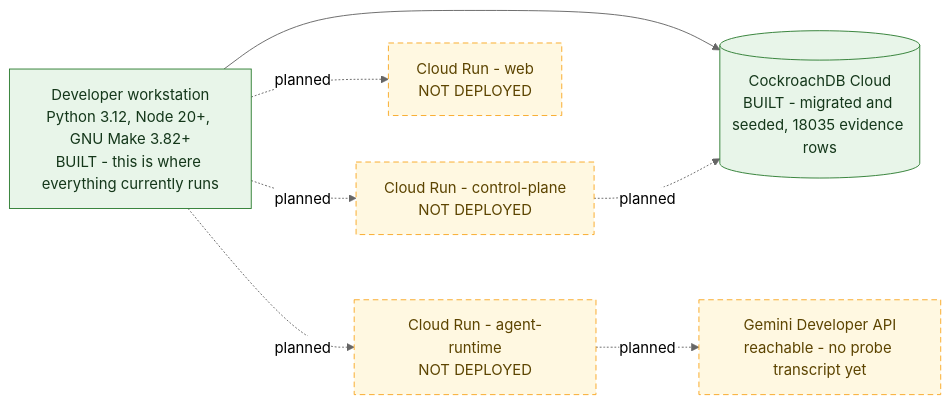
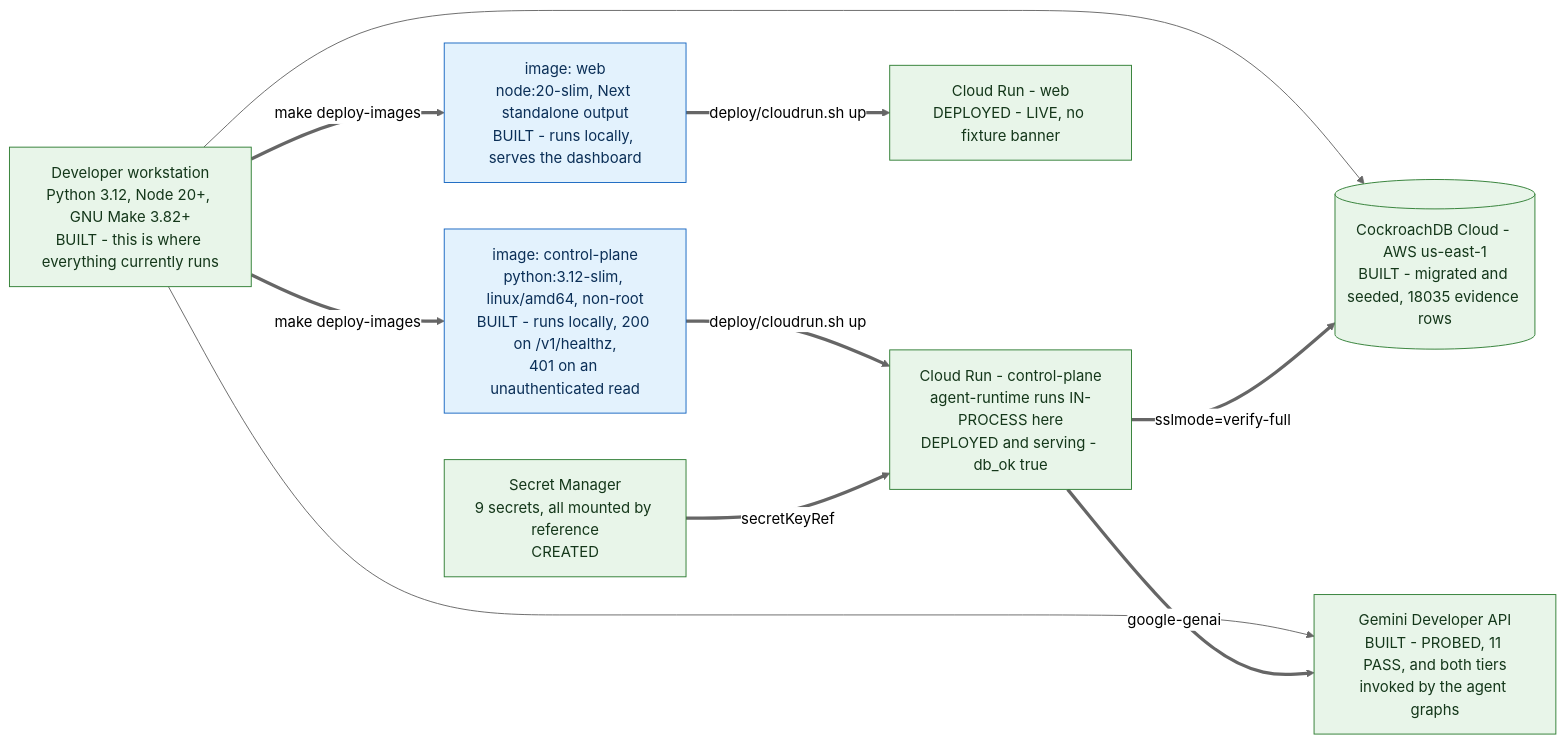
One commit to Rayyan9477/Provenance changed the fifth of 5 diagrams in docs/diagrams/architecture.md. Above: the diagram before and after it, drawn with Mermaid (neutral theme). The commit also changed other lines of this file and 104 other files, not shown here.

````diff
--- a/docs/diagrams/architecture.md
+++ b/docs/diagrams/architecture.md
@@ -327,23 +373,30 @@
 ```mermaid
 flowchart LR
 
   classDef planned fill:#fff8e1,stroke:#f9a825,color:#5c4400,stroke-dasharray: 6 4
   classDef built   fill:#e8f5e9,stroke:#2e7d32,color:#14371a
+  classDef image   fill:#e3f2fd,stroke:#1565c0,color:#0b2f57
 
   DEV["Developer workstation<br/>Python 3.12, Node 20+, GNU Make 3.82+<br/>BUILT - this is where everything currently runs"]
-  CR1["Cloud Run - control-plane<br/>NOT DEPLOYED"]
-  CR2["Cloud Run - web<br/>NOT DEPLOYED"]
-  CR3["Cloud Run - agent-runtime<br/>NOT DEPLOYED"]
-  CRDB[("CockroachDB Cloud<br/>BUILT - migrated and seeded, 18035 evidence rows")]
-  GAPI["Gemini Developer API<br/>reachable - no probe transcript yet"]
+  IMG1["image: control-plane<br/>python:3.12-slim, linux/amd64, non-root<br/>BUILT - runs locally, 200 on /v1/healthz,<br/>401 on an unauthenticated read"]
+  IMG2["image: web<br/>node:20-slim, Next standalone output<br/>BUILT - runs locally, serves the dashboard"]
+  CR1["Cloud Run - control-plane<br/>agent-runtime runs IN-PROCESS here<br/>DEPLOYED and serving - db_ok true"]
+  CR2["Cloud Run - web<br/>DEPLOYED - LIVE, no fixture banner"]
+  SM["Secret Manager<br/>9 secrets, all mounted by reference<br/>CREATED"]
+  CRDB[("CockroachDB Cloud - AWS us-east-1<br/>BUILT - migrated and seeded, 18035 evidence rows")]
+  GAPI["Gemini Developer API<br/>BUILT - PROBED, 11 PASS, and both tiers<br/>invoked by the agent graphs"]
 
   DEV --> CRDB
-  DEV -. "planned" .-> CR1
-  DEV -. "planned" .-> CR2
-  DEV -. "planned" .-> CR3
-  CR1 -. "planned" .-> CRDB
-  CR3 -. "planned" .-> GAPI
+  DEV --> GAPI
+  DEV ==> |"make deploy-images"| IMG1
+  DEV ==> |"make deploy-images"| IMG2
+  IMG1 ==> |"deploy/cloudrun.sh up"| CR1
+  IMG2 ==> |"deploy/cloudrun.sh up"| CR2
+  SM ==> |"secretKeyRef"| CR1
+  CR1 ==> |"sslmode=verify-full"| CRDB
+  CR1 ==> |"google-genai"| GAPI
 
-  class CR1,CR2,CR3,GAPI planned
-  class DEV,CRDB built
+  class CR1,CR2,SM built
+  class IMG1,IMG2 image
+  class DEV,CRDB,GAPI built
 ```
````
